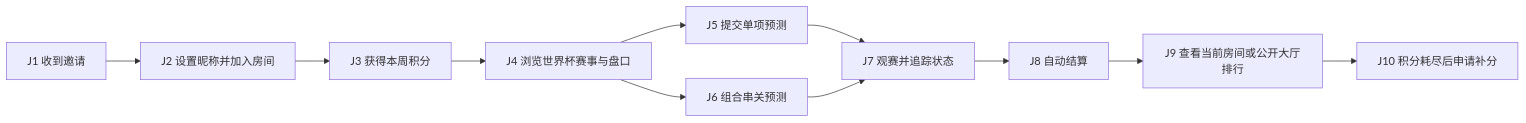
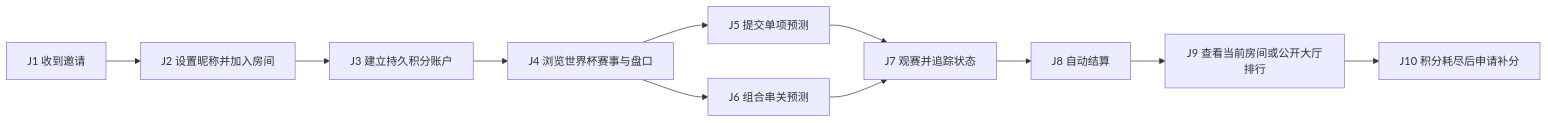
Before and after one commit to xxxxlu/football-predictor: the diagram in _bmad-output/planning-artifacts/user-journey-blueprint.md, drawn with Mermaid. The commit also changed other lines of this file and 2 other files, not shown here.

````diff
--- a/_bmad-output/planning-artifacts/user-journey-blueprint.md
+++ b/_bmad-output/planning-artifacts/user-journey-blueprint.md
@@ -45,13 +46,13 @@
 ```mermaid
 flowchart LR
     J1["J1 收到邀请"] --> J2["J2 设置昵称并加入房间"]
-    J2 --> J3["J3 获得本周积分"]
+    J2 --> J3["J3 建立持久积分账户"]
     J3 --> J4["J4 浏览世界杯赛事与盘口"]
     J4 --> J5["J5 提交单项预测"]
     J4 --> J6["J6 组合串关预测"]
     J5 --> J7["J7 观赛并追踪状态"]
     J6 --> J7
     J7 --> J8["J8 自动结算"]
     J8 --> J9["J9 查看当前房间或公开大厅排行"]
     J9 --> J10["J10 积分耗尽后申请补分"]
 ```
````
